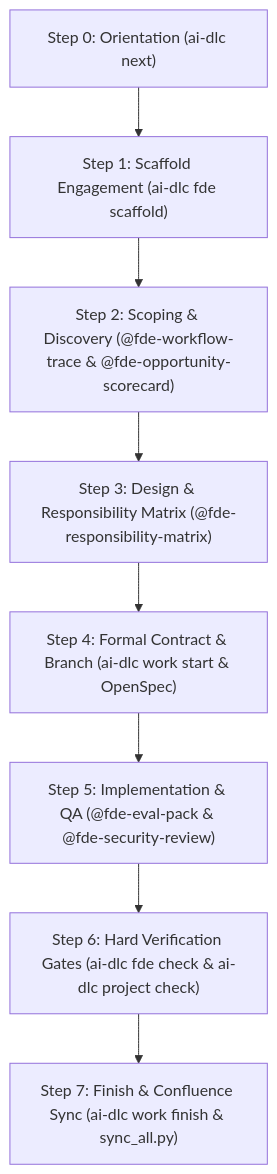
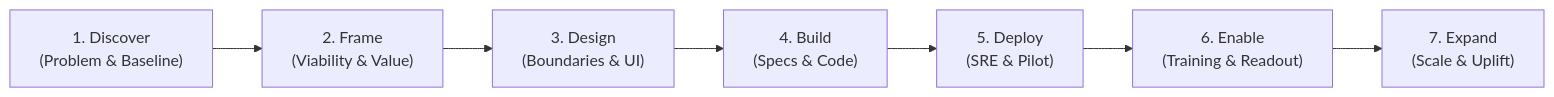
One commit to Symphony-Professional-Services/fde-kit changed the fifth of 5 diagrams in docs/runbooks/human-operating-flow.md. Above: the diagram before and after it, drawn with Mermaid. The commit also changed other lines of this file, not shown here.

Commit message:
docs: expand human operating flow with architecture, sync topology, OpenSpec internals, and stage definitions

````diff
--- a/docs/runbooks/human-operating-flow.md
+++ b/docs/runbooks/human-operating-flow.md
@@ -21,10 +164,12 @@
 ```mermaid
-flowchart TD
-    S0["Step 0: Orientation (ai-dlc next)"] --> S1["Step 1: Scaffold Engagement (ai-dlc fde scaffold)"]
-    S1 --> S2["Step 2: Scoping &amp; Discovery (@fde-workflow-trace &amp; @fde-opportunity-scorecard)"]
-    S2 --> S3["Step 3: Design &amp; Responsibility Matrix (@fde-responsibility-matrix)"]
-    S3 --> S4["Step 4: Formal Contract &amp; Branch (ai-dlc work start &amp; OpenSpec)"]
-    S4 --> S5["Step 5: Implementation &amp; QA (@fde-eval-pack &amp; @fde-security-review)"]
-    S5 --> S6["Step 6: Hard Verification Gates (ai-dlc fde check &amp; ai-dlc project check)"]
-    S6 --> S7["Step 7: Finish &amp; Confluence Sync (ai-dlc work finish &amp; sync_all.py)"]
+flowchart LR
+    S1["1. Discover<br>(Problem &amp; Baseline)"]
+    S2["2. Frame<br>(Viability &amp; Value)"]
+    S3["3. Design<br>(Boundaries &amp; UI)"]
+    S4["4. Build<br>(Specs &amp; Code)"]
+    S5["5. Deploy<br>(SRE &amp; Pilot)"]
+    S6["6. Enable<br>(Training &amp; Readout)"]
+    S7["7. Expand<br>(Scale &amp; Uplift)"]
+
+    S1 --> S2 --> S3 --> S4 --> S5 --> S6 --> S7
 ```
````
